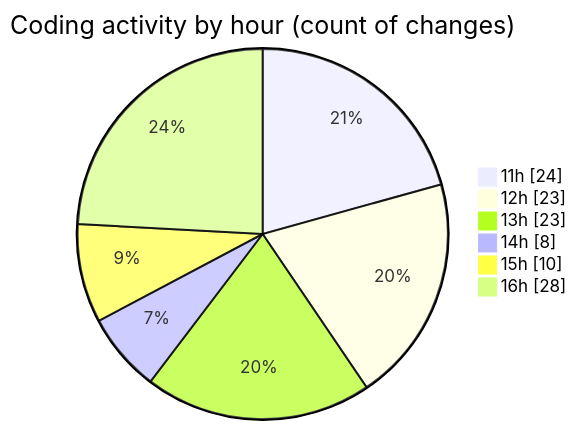
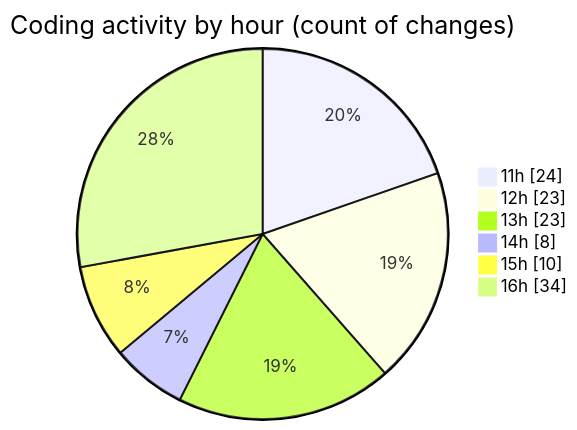
The second of 2 diagrams in 2025-09-18/nxtqube_webapp/README.md (nxtqubesakshisongat/code-tracking), drawn with Mermaid before and after one commit. The commit also changed other lines of this file and 1 other file, not shown here.

````diff
--- a/2025-09-18/nxtqube_webapp/README.md
+++ b/2025-09-18/nxtqube_webapp/README.md
@@ -48,10 +48,10 @@
 ```mermaid
 pie showData
 title Coding activity by hour (count of changes)
 "11h" : 24
 "12h" : 23
 "13h" : 23
 "14h" : 8
 "15h" : 10
-"16h" : 28
+"16h" : 34
 ```
````
